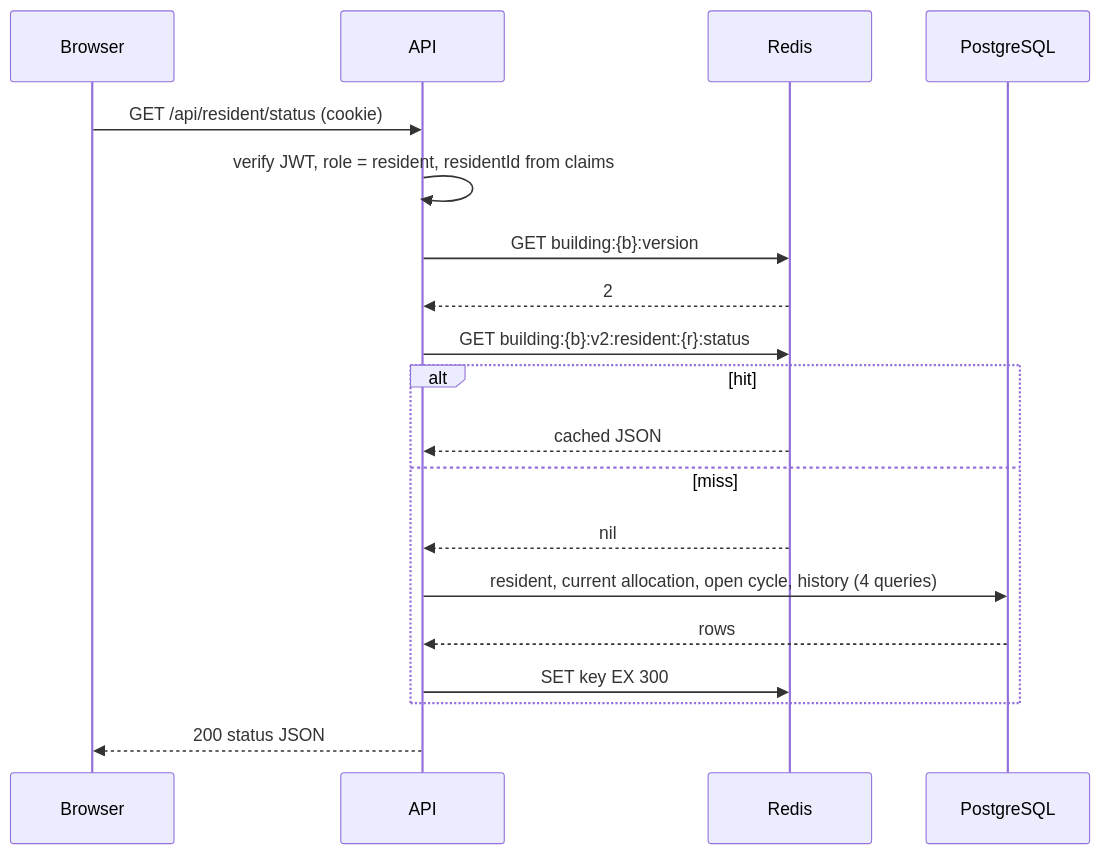
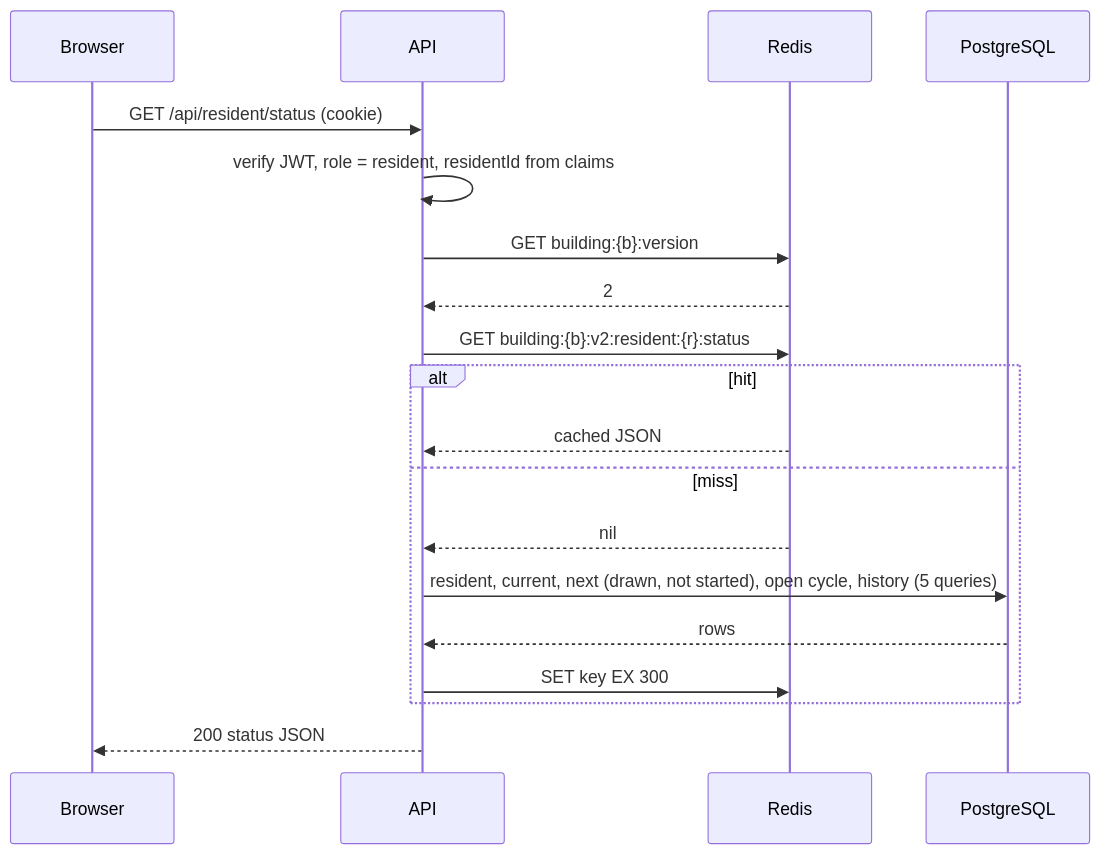
Before and after one commit to marcoamtz/residential-parking-system: the second of 4 diagrams in docs/01-architecture.md, drawn with Mermaid. The commit also changed other lines of this file and 15 other files, not shown here.

````diff
--- a/docs/01-architecture.md
+++ b/docs/01-architecture.md
@@ -53,22 +53,22 @@
 ```mermaid
 sequenceDiagram
   participant B as Browser
   participant A as API
   participant R as Redis
   participant P as PostgreSQL
 
   B->>A: GET /api/resident/status (cookie)
   A->>A: verify JWT, role = resident, residentId from claims
   A->>R: GET building:{b}:version
   R-->>A: 2
   A->>R: GET building:{b}:v2:resident:{r}:status
   alt hit
     R-->>A: cached JSON
   else miss
     R-->>A: nil
-    A->>P: resident, current allocation, open cycle, history (4 queries)
+    A->>P: resident, current, next (drawn, not started), open cycle, history (5 queries)
     P-->>A: rows
     A->>R: SET key EX 300
   end
   A-->>B: 200 status JSON
 ```
````
